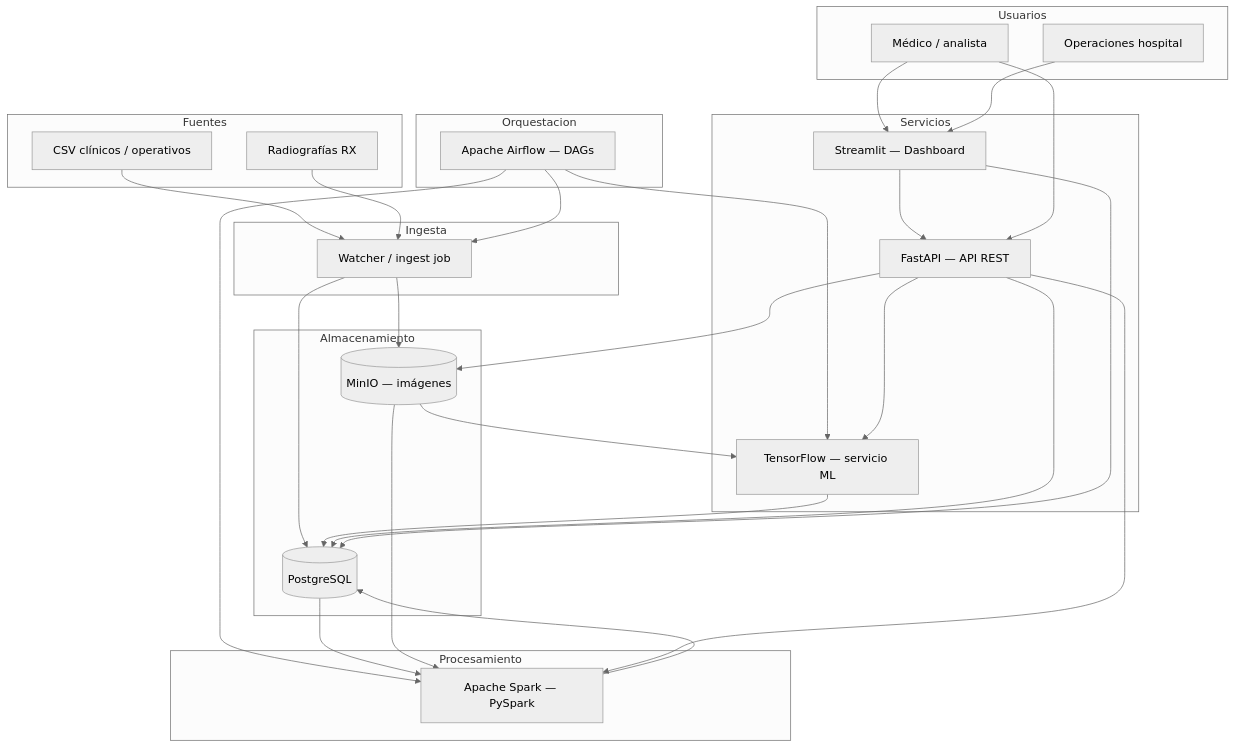
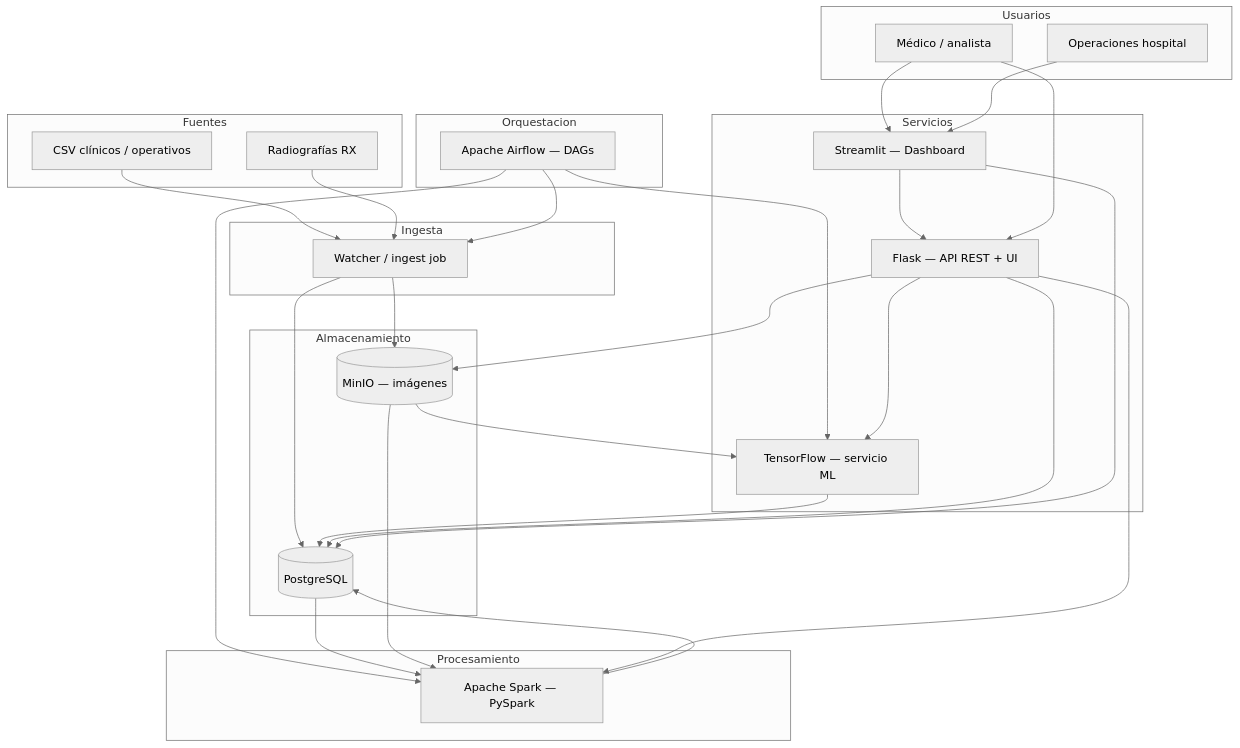
One commit to yagoalonsodev/salle-hospital changed the diagram in docs/architecture.md. Above: the diagram before and after it, drawn with Mermaid (neutral theme). The commit also changed other lines of this file and 9 other files, not shown here.

First line of the commit message:
docs: Día 9 — memoria técnica, diagramas, ética y README

````diff
--- a/docs/architecture.md
+++ b/docs/architecture.md
@@ -59,58 +59,58 @@
 ```mermaid
 flowchart TB
     subgraph Fuentes
         CSV[CSV clínicos / operativos]
         RX[Radiografías RX]
     end
 
     subgraph Ingesta
         WATCH[Watcher / ingest job]
     end
 
     subgraph Almacenamiento
         PG[(PostgreSQL)]
         MINIO[(MinIO — imágenes)]
     end
 
     subgraph Orquestacion
         AIRFLOW[Apache Airflow — DAGs]
     end
 
     subgraph Procesamiento
         SPARK[Apache Spark — PySpark]
     end
 
     subgraph Servicios
-        API[FastAPI — API REST]
+        API[Flask — API REST + UI]
         ML[TensorFlow — servicio ML]
         DASH[Streamlit — Dashboard]
     end
 
     CSV --> WATCH
     RX --> WATCH
     WATCH --> PG
     WATCH --> MINIO
     AIRFLOW --> WATCH
     AIRFLOW --> SPARK
     PG --> SPARK
     MINIO --> SPARK
     SPARK --> PG
     AIRFLOW --> ML
     MINIO --> ML
     ML --> PG
     API --> PG
     API --> MINIO
     API --> ML
     API --> SPARK
     DASH --> API
     DASH --> PG
 
     subgraph Usuarios
         MED[Médico / analista]
         OPS[Operaciones hospital]
     end
 
     MED --> DASH
     OPS --> DASH
     MED --> API
 ```
````
